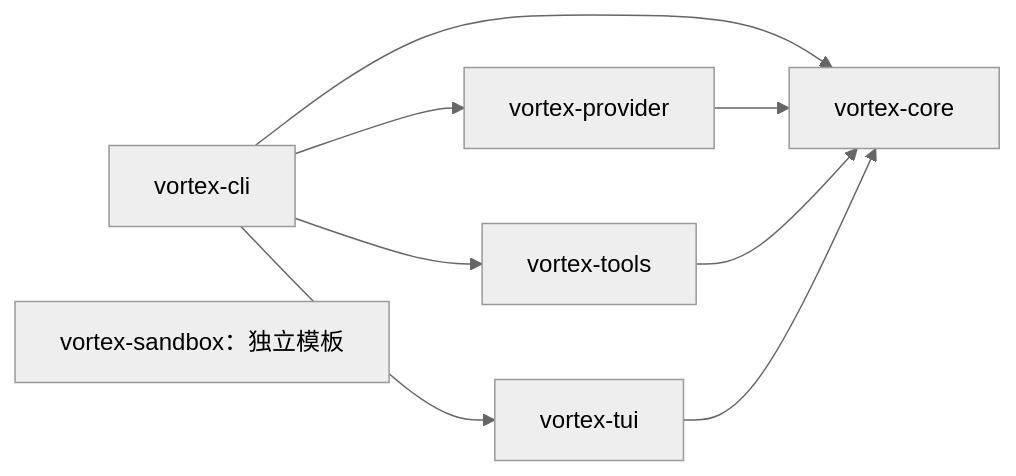
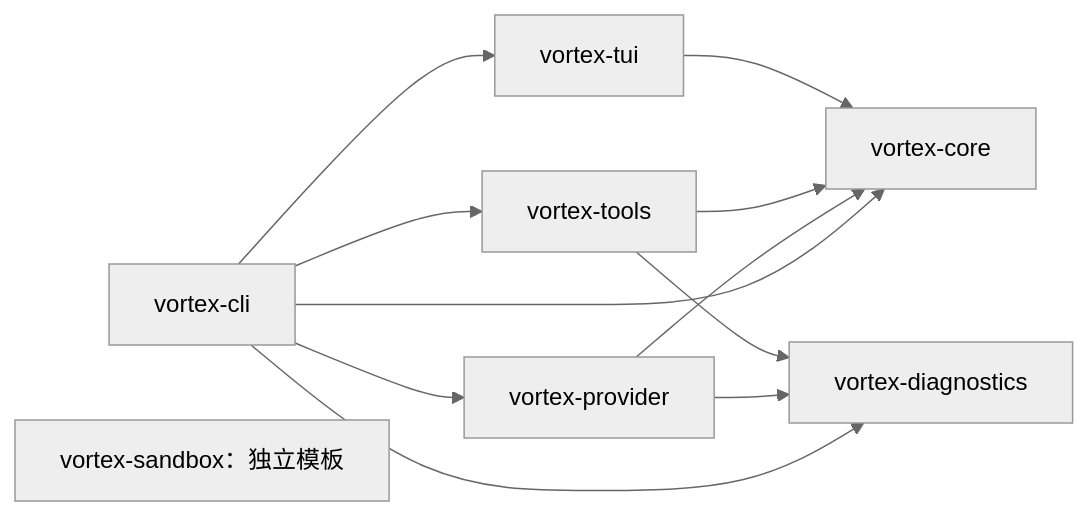
Before and after one commit to AegeanZhang/vortex: the diagram in docs/architecture/repository-structure.md, drawn with Mermaid (neutral theme). The commit also changed other lines of this file and 35 other files, not shown here.

````diff
--- a/docs/architecture/repository-structure.md
+++ b/docs/architecture/repository-structure.md
@@ -35,11 +36,14 @@
 ```mermaid
 flowchart LR
     CLI[vortex-cli] --> Core[vortex-core]
     CLI --> Provider[vortex-provider]
     CLI --> Tools[vortex-tools]
     CLI --> TUI[vortex-tui]
+    CLI --> Diagnostics[vortex-diagnostics]
+    Provider --> Diagnostics
+    Tools --> Diagnostics
     Provider --> Core
     Tools --> Core
     TUI --> Core
     Sandbox[vortex-sandbox：独立模板]
 ```
````
